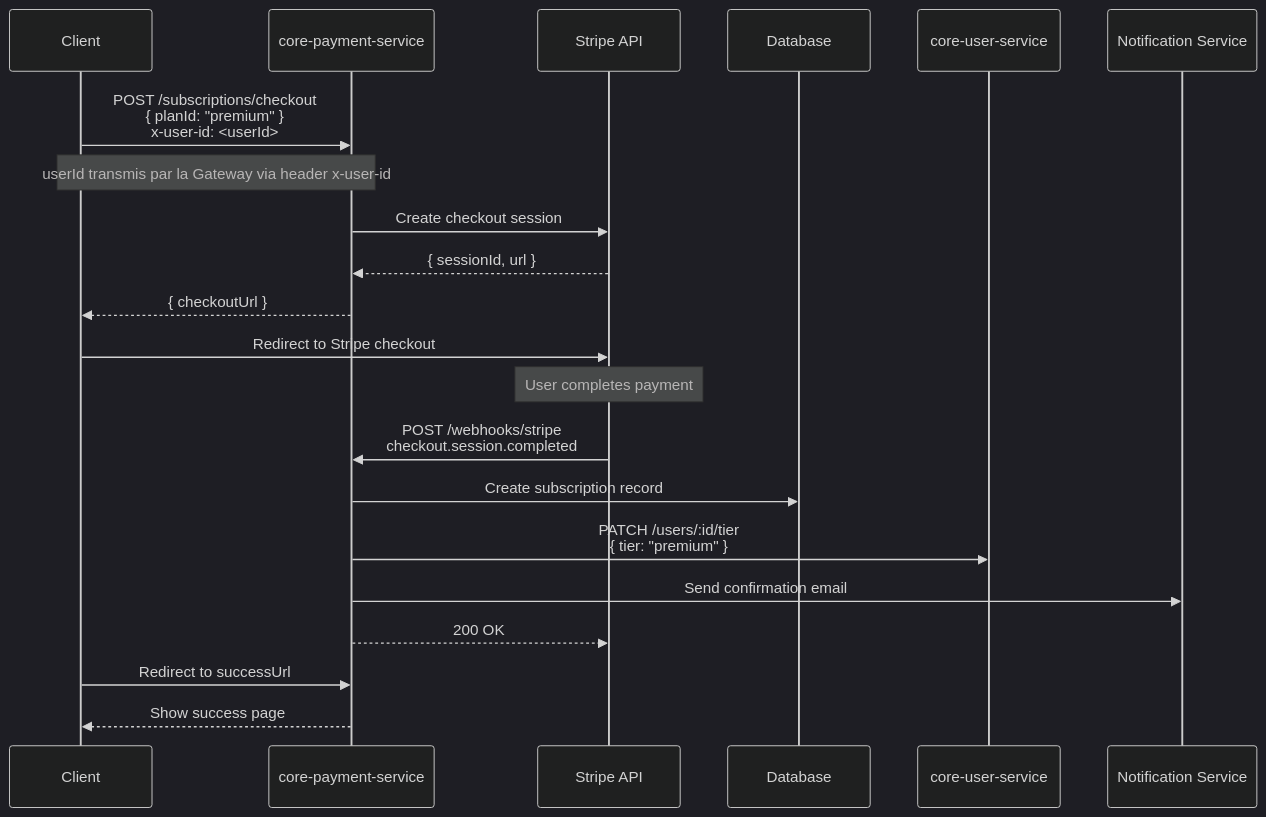
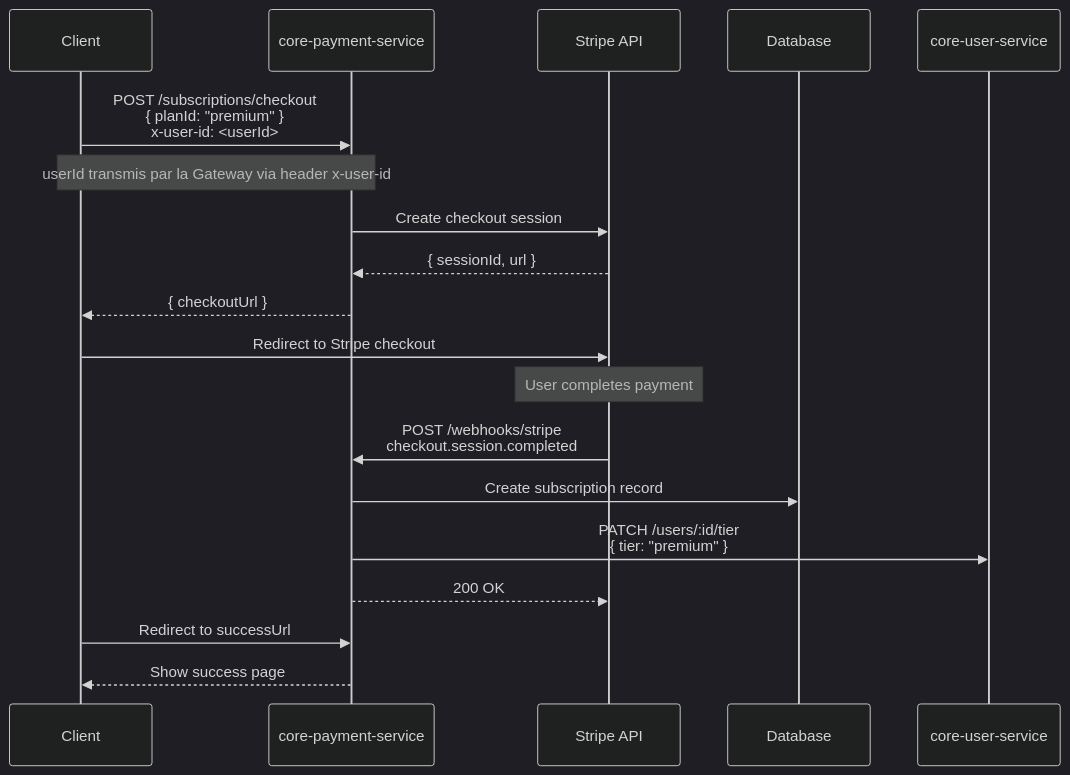
One commit to VisioBook-ESP/core-payment-service changed the second of 3 diagrams in README.md. Above: the diagram before and after it, drawn with Mermaid (dark theme). The commit also changed other lines of this file and 9 other files, not shown here.

````diff
--- a/README.md
+++ b/README.md
@@ -208,32 +206,29 @@
 ```mermaid
 sequenceDiagram
     participant C as Client
     participant PS as core-payment-service
     participant STRIPE as Stripe API
     participant DB as Database
     participant US as core-user-service
-    participant NS as Notification Service
-
     C->>PS: POST /subscriptions/checkout<br/>{ planId: "premium" }<br/>x-user-id: <userId>
 
     Note over C,PS: userId transmis par la Gateway via header x-user-id
 
     PS->>STRIPE: Create checkout session
     STRIPE-->>PS: { sessionId, url }
 
     PS-->>C: { checkoutUrl }
     C->>STRIPE: Redirect to Stripe checkout
 
     Note over STRIPE: User completes payment
 
     STRIPE->>PS: POST /webhooks/stripe<br/>checkout.session.completed
 
     PS->>DB: Create subscription record
     PS->>US: PATCH /users/:id/tier<br/>{ tier: "premium" }
-    PS->>NS: Send confirmation email
 
     PS-->>STRIPE: 200 OK
 
     C->>PS: Redirect to successUrl
     PS-->>C: Show success page
 ```
````
